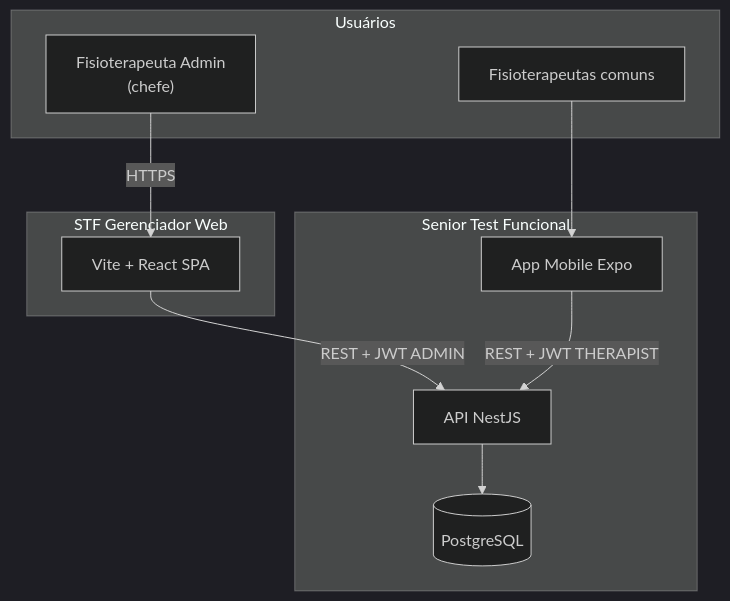
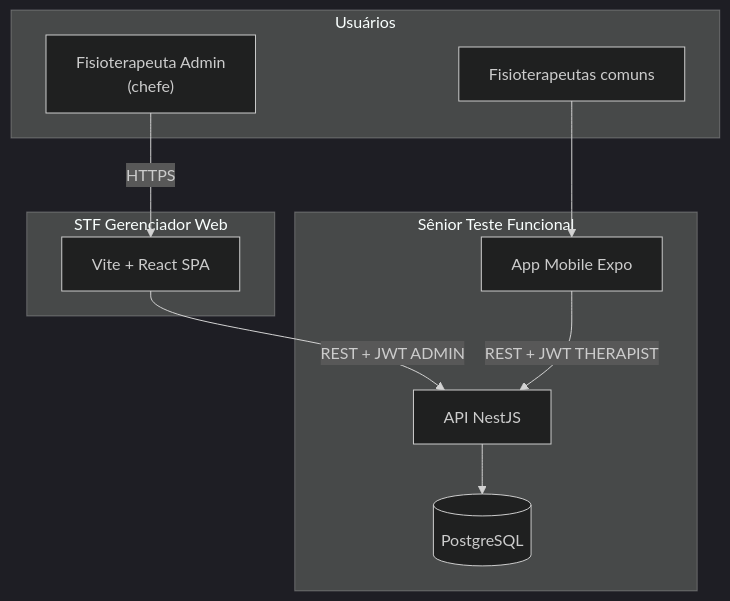
The first of 4 diagrams in docs/engineering/architecture.md (Alancfops/senior-test-web), drawn with Mermaid (dark theme) before and after one commit. The commit also changed 21 other files, not shown here.

````diff
--- a/docs/engineering/architecture.md
+++ b/docs/engineering/architecture.md
@@ -23,23 +23,23 @@
 ```mermaid
 flowchart TB
     subgraph usuarios["Usuários"]
         ADMIN["Fisioterapeuta Admin\n(chefe)"]
         FISIO["Fisioterapeutas comuns"]
     end
 
     subgraph gerenciador["STF Gerenciador Web"]
         WEB["Vite + React SPA"]
     end
 
-    subgraph stf["Senior Test Funcional"]
+    subgraph stf["Sênior Teste Funcional"]
         APP["App Mobile Expo"]
         API["API NestJS"]
         DB[("PostgreSQL")]
     end
 
     ADMIN -->|"HTTPS"| WEB
     FISIO --> APP
     WEB -->|"REST + JWT ADMIN"| API
     APP -->|"REST + JWT THERAPIST"| API
     API --> DB
 ```
````
